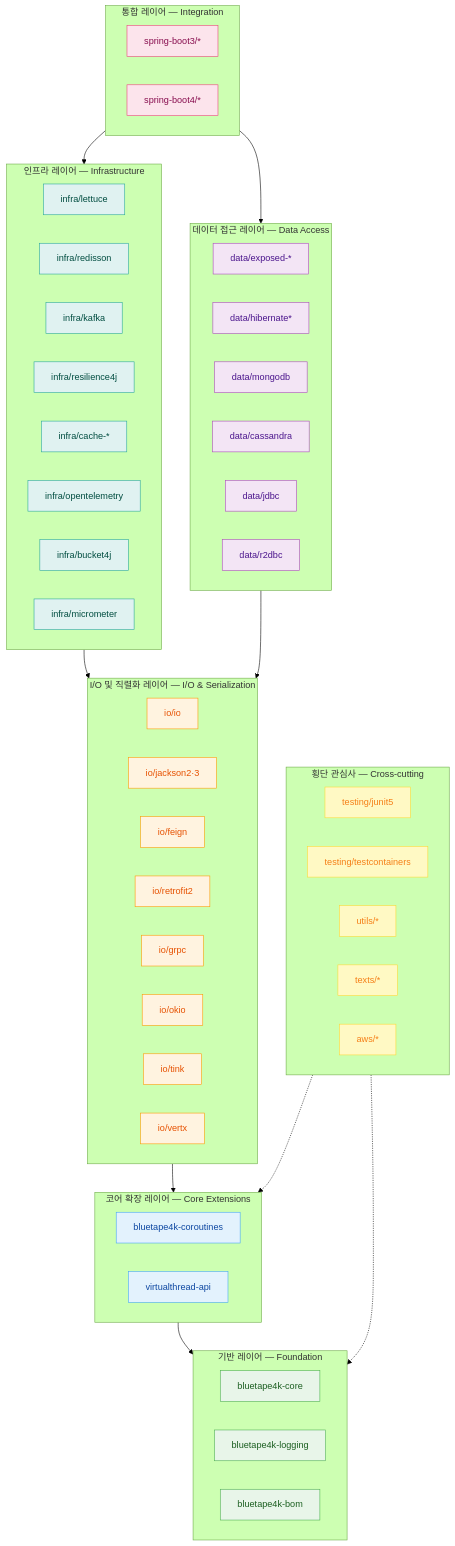
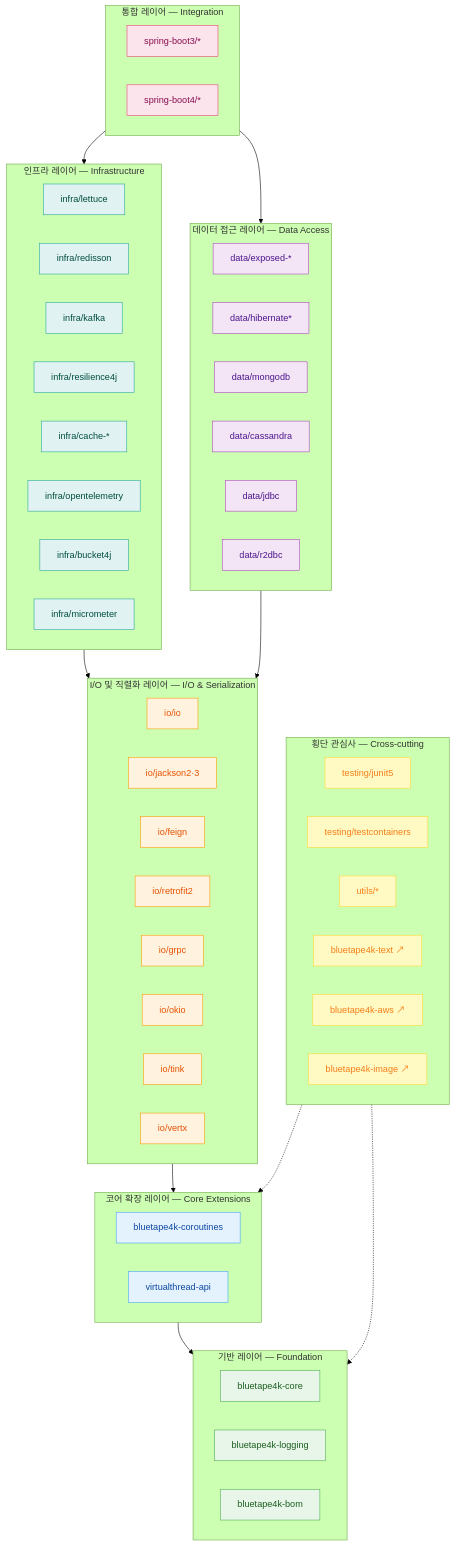
One commit to bluetape4k/bluetape4k-projects changed the diagram in README.ko.md. Above: the diagram before and after it, drawn with Mermaid (forest theme). The commit also changed other lines of this file and 1 other file, not shown here.

Commit message:
docs: 분리된 모듈(aws/texts/images) 외부 repo 링크로 갱신, Mermaid 다이어그램 반영

````diff
--- a/README.ko.md
+++ b/README.ko.md
@@ -123,8 +123,9 @@
         JUNIT["testing/junit5"]
         TC["testing/testcontainers"]
         UTILS["utils/*"]
-        TEXTS["texts/*"]
-        AWS["aws/*"]
+        TEXTS["bluetape4k-text ↗"]
+        AWS["bluetape4k-aws ↗"]
+        IMG["bluetape4k-image ↗"]
     end
 
     L5 --> L4
@@ -150,5 +151,5 @@
     class EXP,HIB,MONGO,CASS,JDBC,R2DBC dataLayer
     class LETTUCE,REDISSON,KAFKA,R4J,CACHE,OTEL,BUCKET,MICRO infraLayer
     class SB3,SB4 intLayer
-    class JUNIT,TC,UTILS,TEXTS,AWS crossLayer
+    class JUNIT,TC,UTILS,TEXTS,AWS,IMG crossLayer
 ```
````
